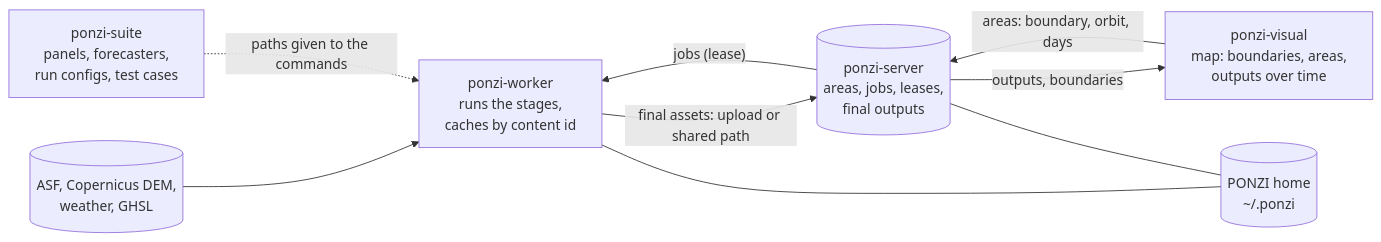
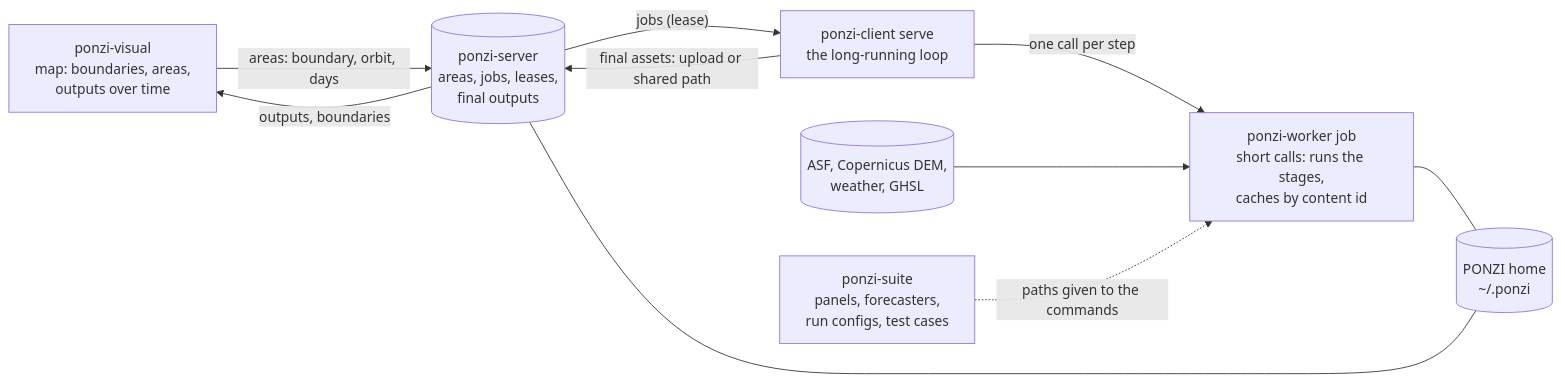
The first of 5 diagrams in docs/concepts/workflows.md (conflict-ecology/ponzi-suite), drawn with Mermaid before and after one commit. The commit also changed other lines of this file and 22 other files, not shown here.

````diff
--- a/docs/concepts/workflows.md
+++ b/docs/concepts/workflows.md
@@ -109,17 +109,19 @@
 ```mermaid
 flowchart LR
   suite["ponzi-suite<br/>panels, forecasters,<br/>run configs, test cases"]
   visual["ponzi-visual<br/>map: boundaries, areas,<br/>outputs over time"]
   server[("ponzi-server<br/>areas, jobs, leases,<br/>final outputs")]
-  worker["ponzi-worker<br/>runs the stages,<br/>caches by content id"]
+  client["ponzi-client serve<br/>the long-running loop"]
+  worker["ponzi-worker job<br/>short calls: runs the stages,<br/>caches by content id"]
   home[("PONZI home<br/>~/.ponzi")]
   data[("ASF, Copernicus DEM,<br/>weather, GHSL")]
   visual -- "areas: boundary, orbit, days" --> server
   server -- "outputs, boundaries" --> visual
-  server -- "jobs (lease)" --> worker
-  worker -- "final assets: upload or shared path" --> server
+  server -- "jobs (lease)" --> client
+  client -- "one call per step" --> worker
+  client -- "final assets: upload or shared path" --> server
   data --> worker
   worker --- home
   server --- home
   suite -. "paths given to the commands" .-> worker
 ```
````
